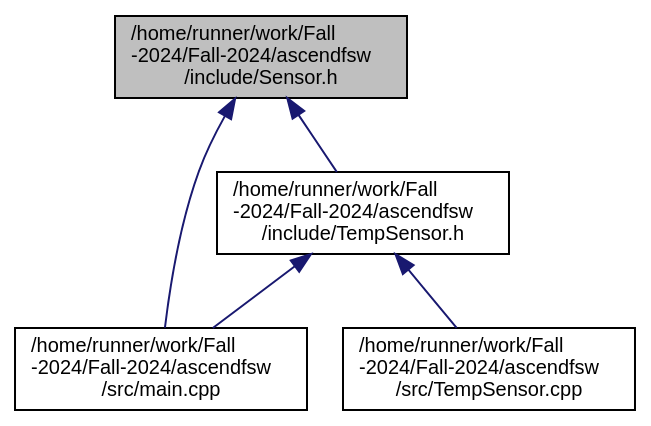
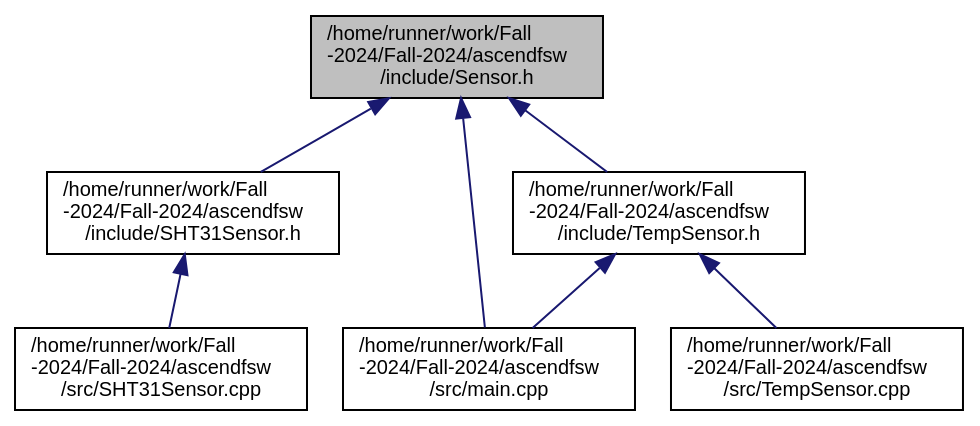
One commit to ASU-ASCEND/Fall-2024 changed the diagram in docs/Sensor_8h__dep__incl.dot. Above: the diagram before and after it, drawn with Graphviz. The commit also changed 56 other files, not shown here.

```diff
--- a/docs/Sensor_8h__dep__incl.dot
+++ b/docs/Sensor_8h__dep__incl.dot
@@ -1,16 +1,20 @@
 digraph "/home/runner/work/Fall-2024/Fall-2024/ascendfsw/include/Sensor.h"
 {
  // INTERACTIVE_SVG=YES
  // LATEX_PDF_SIZE
   bgcolor="transparent";
   edge [fontname="Helvetica",fontsize="10",labelfontname="Helvetica",labelfontsize="10"];
   node [fontname="Helvetica",fontsize="10",shape=record];
   Node1 [label="/home/runner/work/Fall\l-2024/Fall-2024/ascendfsw\l/include/Sensor.h",height=0.2,width=0.4,color="black", fillcolor="grey75", style="filled", fontcolor="black",tooltip=" "];
   Node1 -> Node2 [dir="back",color="midnightblue",fontsize="10",style="solid",fontname="Helvetica"];
-  Node2 [label="/home/runner/work/Fall\l-2024/Fall-2024/ascendfsw\l/include/TempSensor.h",height=0.2,width=0.4,color="black",URL="$TempSensor_8h.html",tooltip=" "];
+  Node2 [label="/home/runner/work/Fall\l-2024/Fall-2024/ascendfsw\l/include/SHT31Sensor.h",height=0.2,width=0.4,color="black",URL="$SHT31Sensor_8h.html",tooltip=" "];
   Node2 -> Node3 [dir="back",color="midnightblue",fontsize="10",style="solid",fontname="Helvetica"];
-  Node3 [label="/home/runner/work/Fall\l-2024/Fall-2024/ascendfsw\l/src/main.cpp",height=0.2,width=0.4,color="black",URL="$main_8cpp.html",tooltip=" "];
-  Node2 -> Node4 [dir="back",color="midnightblue",fontsize="10",style="solid",fontname="Helvetica"];
-  Node4 [label="/home/runner/work/Fall\l-2024/Fall-2024/ascendfsw\l/src/TempSensor.cpp",height=0.2,width=0.4,color="black",URL="$TempSensor_8cpp.html",tooltip=" "];
-  Node1 -> Node3 [dir="back",color="midnightblue",fontsize="10",style="solid",fontname="Helvetica"];
+  Node3 [label="/home/runner/work/Fall\l-2024/Fall-2024/ascendfsw\l/src/SHT31Sensor.cpp",height=0.2,width=0.4,color="black",URL="$SHT31Sensor_8cpp.html",tooltip=" "];
+  Node1 -> Node4 [dir="back",color="midnightblue",fontsize="10",style="solid",fontname="Helvetica"];
+  Node4 [label="/home/runner/work/Fall\l-2024/Fall-2024/ascendfsw\l/include/TempSensor.h",height=0.2,width=0.4,color="black",URL="$TempSensor_8h.html",tooltip=" "];
+  Node4 -> Node5 [dir="back",color="midnightblue",fontsize="10",style="solid",fontname="Helvetica"];
+  Node5 [label="/home/runner/work/Fall\l-2024/Fall-2024/ascendfsw\l/src/main.cpp",height=0.2,width=0.4,color="black",URL="$main_8cpp.html",tooltip=" "];
+  Node4 -> Node6 [dir="back",color="midnightblue",fontsize="10",style="solid",fontname="Helvetica"];
+  Node6 [label="/home/runner/work/Fall\l-2024/Fall-2024/ascendfsw\l/src/TempSensor.cpp",height=0.2,width=0.4,color="black",URL="$TempSensor_8cpp.html",tooltip=" "];
+  Node1 -> Node5 [dir="back",color="midnightblue",fontsize="10",style="solid",fontname="Helvetica"];
 }
```
